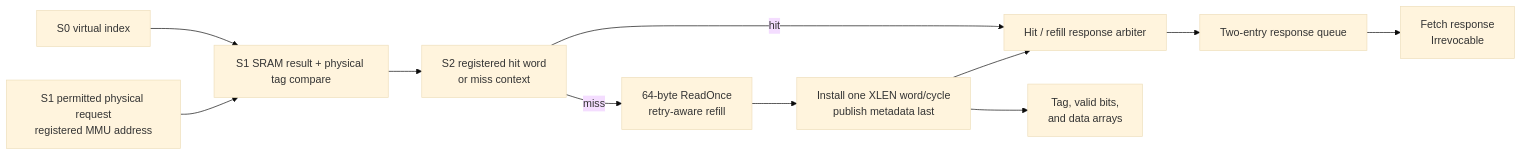
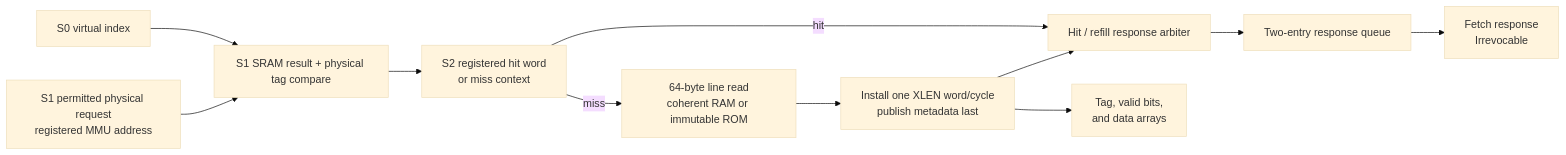
One commit to jerryz123/rhodium changed the diagram in cores/rv5stage/icache/README.md. Above: the diagram before and after it, drawn with Mermaid (base theme). The commit also changed other lines of this file and 28 other files, not shown here.

````diff
--- a/cores/rv5stage/icache/README.md
+++ b/cores/rv5stage/icache/README.md
@@ -71,14 +71,14 @@
 ```mermaid
 flowchart LR
   Virtual["S0 virtual index"] --> Lookup["S1 SRAM result + physical tag compare"]
   Fetch["S1 permitted physical request<br/>registered MMU address"] --> Lookup
   Lookup --> Resolved["S2 registered hit word<br/>or miss context"]
   Resolved -->|hit| Merge["Hit / refill response arbiter"]
-  Resolved -->|miss| Refill["64-byte ReadOnce<br/>retry-aware refill"]
+  Resolved -->|miss| Refill["64-byte line read<br/>coherent RAM or immutable ROM"]
   Refill --> Install["Install one XLEN word/cycle<br/>publish metadata last"]
   Install --> Arrays["Tag, valid bits,<br/>and data arrays"]
   Install --> Merge
   Merge --> Queue["Two-entry response queue"]
   Queue --> FetchResponse["Fetch response<br/>Irrevocable"]
 
 ```
````
